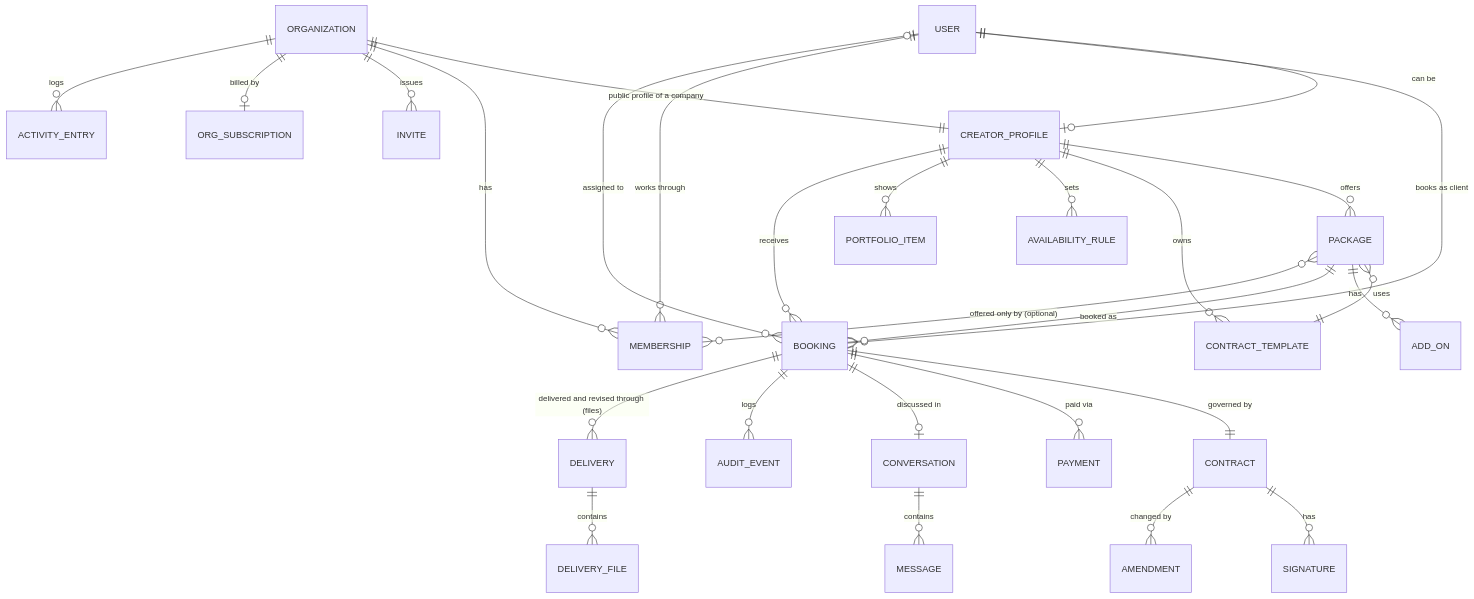
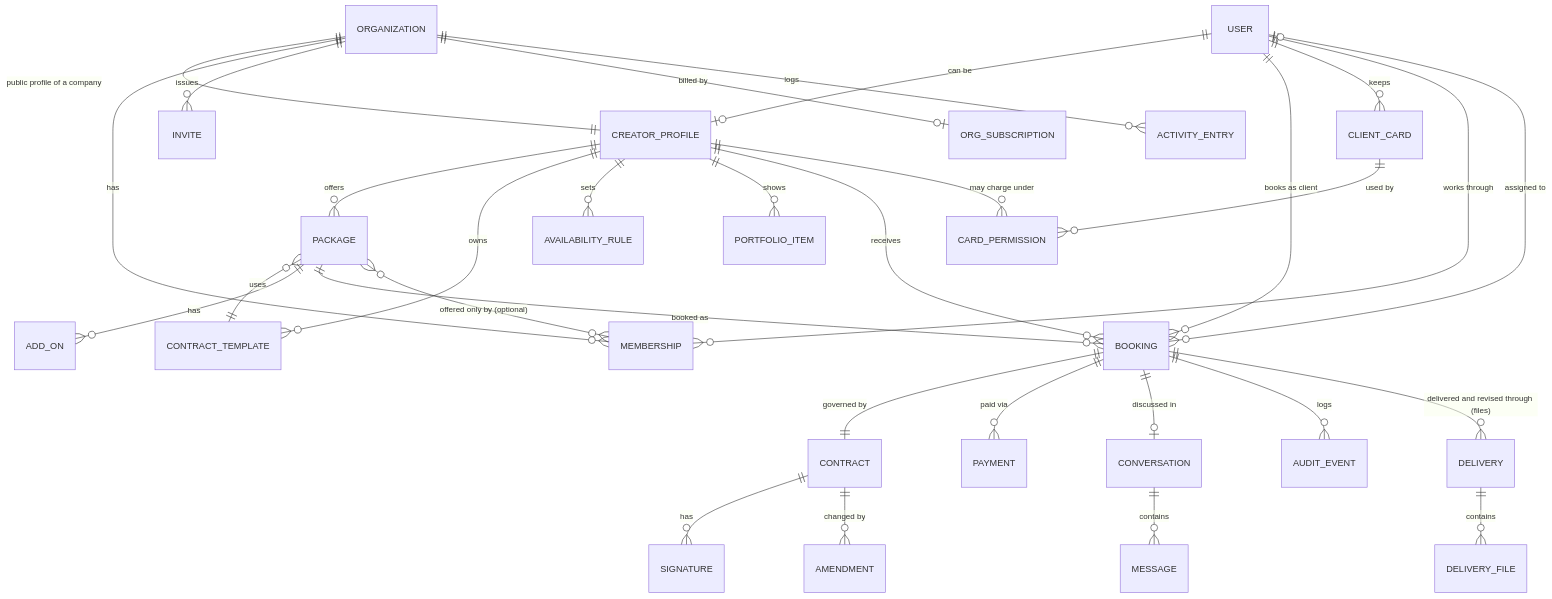
One commit to mikenaz5/first-one changed the first of 2 diagrams in SPEC.md. Above: the diagram before and after it, drawn with Mermaid. The commit also changed other lines of this file and 16 other files, not shown here.

First line of the commit message:
Cards on file: Stripe-held cards, a client's permission for a creator to charge the balance (database, Edge Functions, tests, spec)

````diff
--- a/SPEC.md
+++ b/SPEC.md
@@ -362,30 +368,33 @@
 ```mermaid
 erDiagram
     USER ||--o| CREATOR_PROFILE : "can be"
     CREATOR_PROFILE ||--o{ PACKAGE : offers
     CREATOR_PROFILE ||--o{ CONTRACT_TEMPLATE : owns
     CREATOR_PROFILE ||--o{ AVAILABILITY_RULE : sets
     CREATOR_PROFILE ||--o{ PORTFOLIO_ITEM : shows
     PACKAGE }o--|| CONTRACT_TEMPLATE : uses
     PACKAGE ||--o{ ADD_ON : has
     USER ||--o{ BOOKING : "books as client"
     CREATOR_PROFILE ||--o{ BOOKING : receives
     PACKAGE ||--o{ BOOKING : "booked as"
     BOOKING ||--|| CONTRACT : "governed by"
     CONTRACT ||--o{ SIGNATURE : has
     CONTRACT ||--o{ AMENDMENT : "changed by"
     BOOKING ||--o{ PAYMENT : "paid via"
+    USER ||--o{ CLIENT_CARD : "keeps"
+    CLIENT_CARD ||--o{ CARD_PERMISSION : "used by"
+    CREATOR_PROFILE ||--o{ CARD_PERMISSION : "may charge under"
     BOOKING ||--o| CONVERSATION : "discussed in"
     CONVERSATION ||--o{ MESSAGE : contains
     BOOKING ||--o{ AUDIT_EVENT : logs
     ORGANIZATION ||--|| CREATOR_PROFILE : "public profile of a company"
     ORGANIZATION ||--o{ MEMBERSHIP : has
     USER ||--o{ MEMBERSHIP : "works through"
     ORGANIZATION ||--o{ INVITE : issues
     ORGANIZATION ||--o| ORG_SUBSCRIPTION : "billed by"
     ORGANIZATION ||--o{ ACTIVITY_ENTRY : logs
     PACKAGE }o--o{ MEMBERSHIP : "offered only by (optional)"
     BOOKING }o--o| USER : "assigned to"
     BOOKING ||--o{ DELIVERY : "delivered and revised through (files)"
     DELIVERY ||--o{ DELIVERY_FILE : contains
 ```
````
